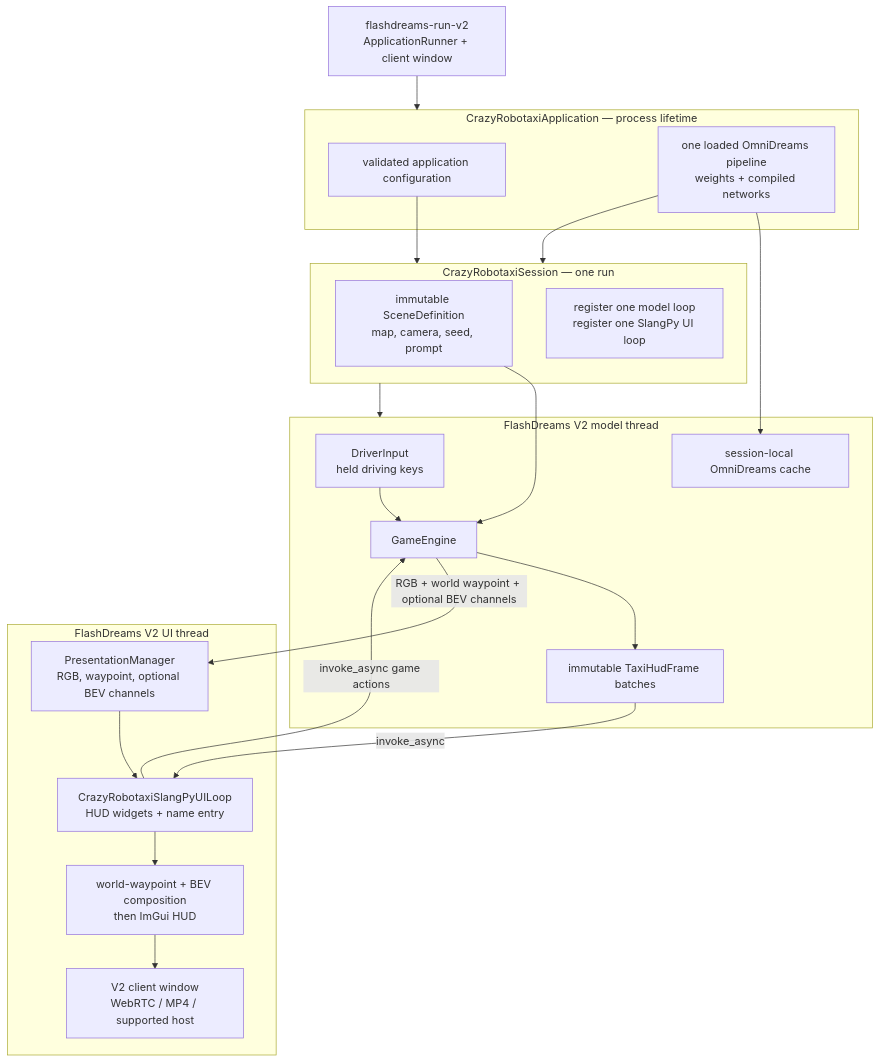
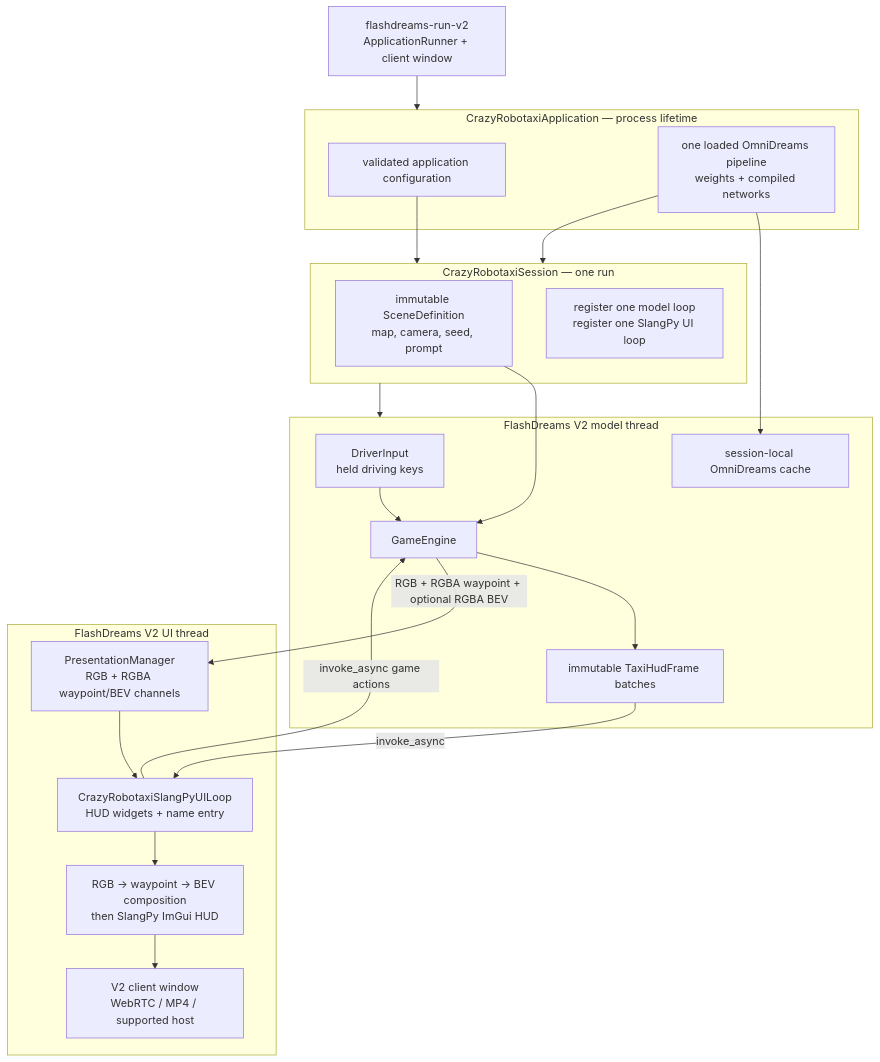
One commit to NVIDIA/flashdreams changed the first of 5 diagrams in docs/design/crazy_robotaxi_v2_architecture.md. Above: the diagram before and after it, drawn with Mermaid. The commit also changed other lines of this file and 5 other files, not shown here.

Commit message:
Composite Crazy Robotaxi BEV in SlangPy UI loop

````diff
--- a/docs/design/crazy_robotaxi_v2_architecture.md
+++ b/docs/design/crazy_robotaxi_v2_architecture.md
@@ -30,41 +30,41 @@
 ```mermaid
 flowchart TD
     HOST["flashdreams-run-v2<br/>ApplicationRunner + client window"]
 
     subgraph APP["CrazyRobotaxiApplication — process lifetime"]
         ARGS["validated application configuration"]
         PIPELINE["one loaded OmniDreams pipeline<br/>weights + compiled networks"]
     end
 
     subgraph SESSION["CrazyRobotaxiSession — one run"]
         SCENE["immutable SceneDefinition<br/>map, camera, seed, prompt"]
         REG["register one model loop<br/>register one SlangPy UI loop"]
     end
 
     subgraph MODELTHREAD["FlashDreams V2 model thread"]
         INPUT["DriverInput<br/>held driving keys"]
         ENGINE["GameEngine"]
         CACHE["session-local OmniDreams cache"]
         HUDSTATE["immutable TaxiHudFrame batches"]
     end
 
     subgraph UITHREAD["FlashDreams V2 UI thread"]
-        BUFFER["PresentationManager<br/>RGB, waypoint, optional BEV channels"]
+        BUFFER["PresentationManager<br/>RGB + RGBA waypoint/BEV channels"]
         HUD["CrazyRobotaxiSlangPyUILoop<br/>HUD widgets + name entry"]
-        COMPOSE["world-waypoint + BEV composition<br/>then ImGui HUD"]
+        COMPOSE["RGB → waypoint → BEV composition<br/>then SlangPy ImGui HUD"]
         WINDOW["V2 client window<br/>WebRTC / MP4 / supported host"]
     end
 
     HOST --> APP
     ARGS --> SESSION
     PIPELINE --> SESSION
     SESSION --> MODELTHREAD
     SCENE --> ENGINE
     PIPELINE --> CACHE
     INPUT --> ENGINE
     ENGINE --> HUDSTATE
-    ENGINE -->|"RGB + world waypoint + optional BEV channels"| BUFFER
+    ENGINE -->|"RGB + RGBA waypoint + optional RGBA BEV"| BUFFER
     HUDSTATE -->|"invoke_async"| HUD
     HUD -->|"invoke_async game actions"| ENGINE
     BUFFER --> HUD --> COMPOSE --> WINDOW
 ```
````
